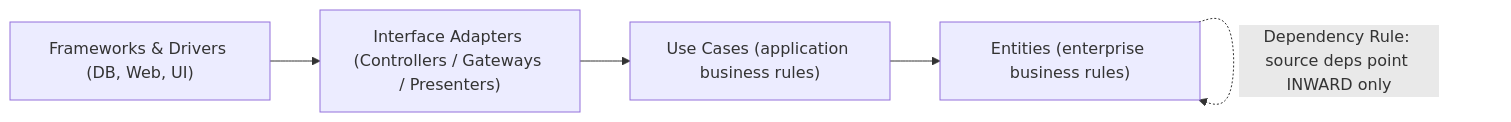
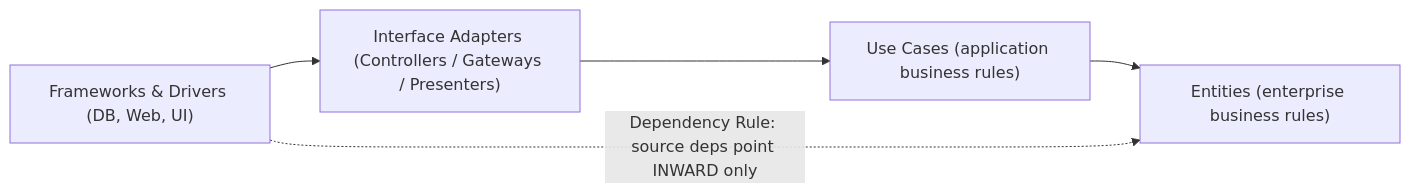
Before and after one commit to PaulSayantan/grokking-interview: the third of 8 diagrams in topics/system-design/arch-code-organization/concepts.md, drawn with Mermaid. The commit also changed other lines of this file and 122 other files, not shown here.

````diff
--- a/topics/system-design/arch-code-organization/concepts.md
+++ b/topics/system-design/arch-code-organization/concepts.md
@@ -157,7 +220,7 @@
 ```mermaid
 flowchart LR
     FW["Frameworks & Drivers (DB, Web, UI)"] --> IA["Interface Adapters (Controllers / Gateways / Presenters)"]
     IA --> UC["Use Cases (application business rules)"]
     UC --> EN["Entities (enterprise business rules)"]
-    EN -.->|"Dependency Rule: source deps point INWARD only"| EN
+    FW -.->|"Dependency Rule: source deps point INWARD only"| EN
 ```
````
